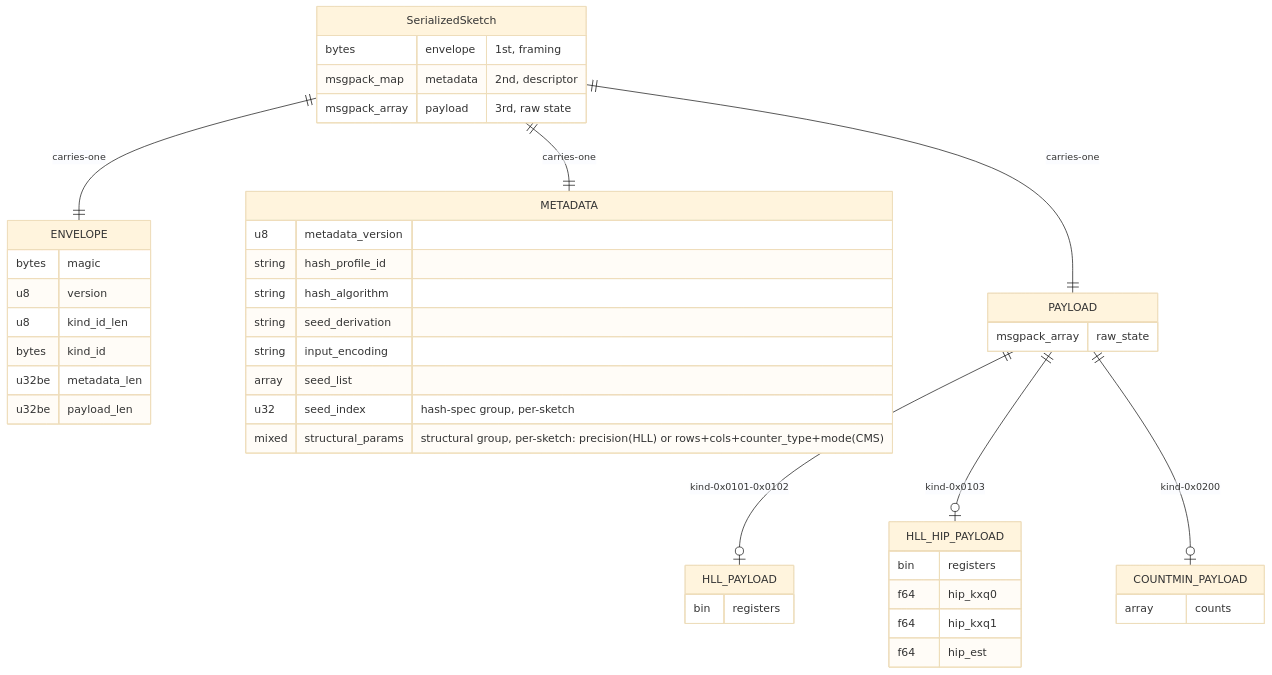
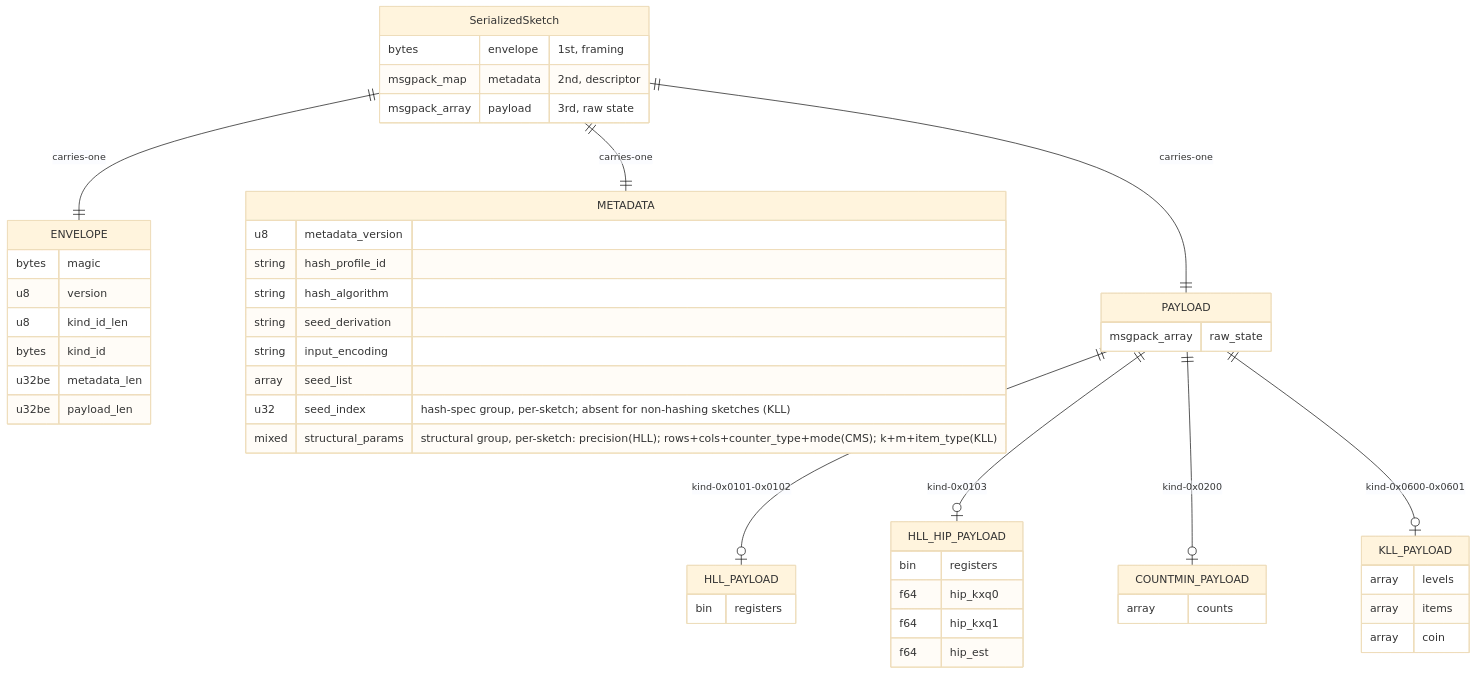
One commit to ProjectASAP/asap_sketchlib changed the diagram in docs/asapv1_wire_format.md. Above: the diagram before and after it, drawn with Mermaid (base theme). The commit also changed other lines of this file and 10 other files, not shown here.

````diff
--- a/docs/asapv1_wire_format.md
+++ b/docs/asapv1_wire_format.md
@@ -63,47 +63,53 @@
 ```mermaid
 erDiagram
     SerializedSketch {
         bytes envelope "1st, framing"
         msgpack_map metadata "2nd, descriptor"
         msgpack_array payload "3rd, raw state"
     }
     SerializedSketch ||--|| ENVELOPE : carries-one
     SerializedSketch ||--|| METADATA : carries-one
     SerializedSketch ||--|| PAYLOAD : carries-one
     PAYLOAD ||--o| HLL_PAYLOAD : kind-0x0101-0x0102
     PAYLOAD ||--o| HLL_HIP_PAYLOAD : kind-0x0103
     PAYLOAD ||--o| COUNTMIN_PAYLOAD : kind-0x0200
+    PAYLOAD ||--o| KLL_PAYLOAD : kind-0x0600-0x0601
     ENVELOPE {
         bytes magic
         u8 version
         u8 kind_id_len
         bytes kind_id
         u32be metadata_len
         u32be payload_len
     }
     METADATA {
         u8 metadata_version
         string hash_profile_id
         string hash_algorithm
         string seed_derivation
         string input_encoding
         array seed_list
-        u32 seed_index "hash-spec group, per-sketch"
-        mixed structural_params "structural group, per-sketch: precision(HLL) or rows+cols+counter_type+mode(CMS)"
+        u32 seed_index "hash-spec group, per-sketch; absent for non-hashing sketches (KLL)"
+        mixed structural_params "structural group, per-sketch: precision(HLL); rows+cols+counter_type+mode(CMS); k+m+item_type(KLL)"
     }
     PAYLOAD {
         msgpack_array raw_state
     }
     HLL_PAYLOAD {
         bin registers
     }
     HLL_HIP_PAYLOAD {
         bin registers
         f64 hip_kxq0
         f64 hip_kxq1
         f64 hip_est
     }
     COUNTMIN_PAYLOAD {
         array counts
     }
+    KLL_PAYLOAD {
+        array levels
+        array items
+        array coin
+    }
 ```
````
